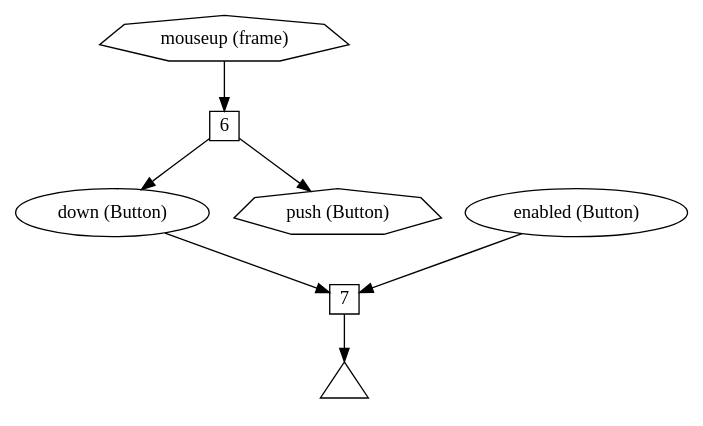
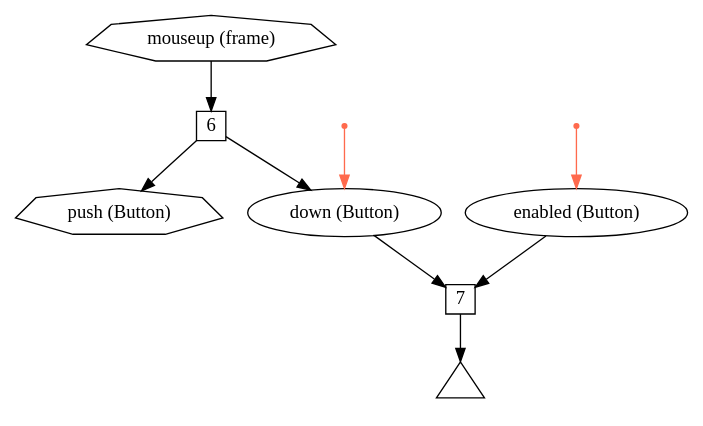
The diagram in spec/fig/graph-watch-67.gv (bendr/bender), drawn with Graphviz before and after one commit. The commit also changed 12 other files, not shown here.

```diff
--- a/spec/fig/graph-watch-67.gv
+++ b/spec/fig/graph-watch-67.gv
@@ -1,21 +1,26 @@
 digraph bender {
   node [fontname="Avenir Next"];
   edge [fontname="Avenir Next"];
 
   mouseup [label="mouseup (frame)", shape=septagon];
   down [label="down (Button)"];
   enabled [label="enabled (Button)"];
   pushed [label="push (Button)", shape=septagon];
   w6 [label="6", shape=square, fixedsize=true, width=0.3];
   mouseup -> w6;
   w6 -> down;
   w6 -> pushed;
 
   w7 [label="7", shape=square, fixedsize=true, width=0.3];
   t [label="", shape=triangle, fixedsize=true, width=0.5];
   enabled -> w7;
   down -> w7;
   w7 -> t;
 
+  init_down [shape=point, label="", color="#ff6a4d"]
+  init_down -> down [color="#ff6a4d"];
+  init_enabled [shape=point, label="", color="#ff6a4d"]
+  init_enabled -> enabled [color="#ff6a4d"];
+
 
 }
```
